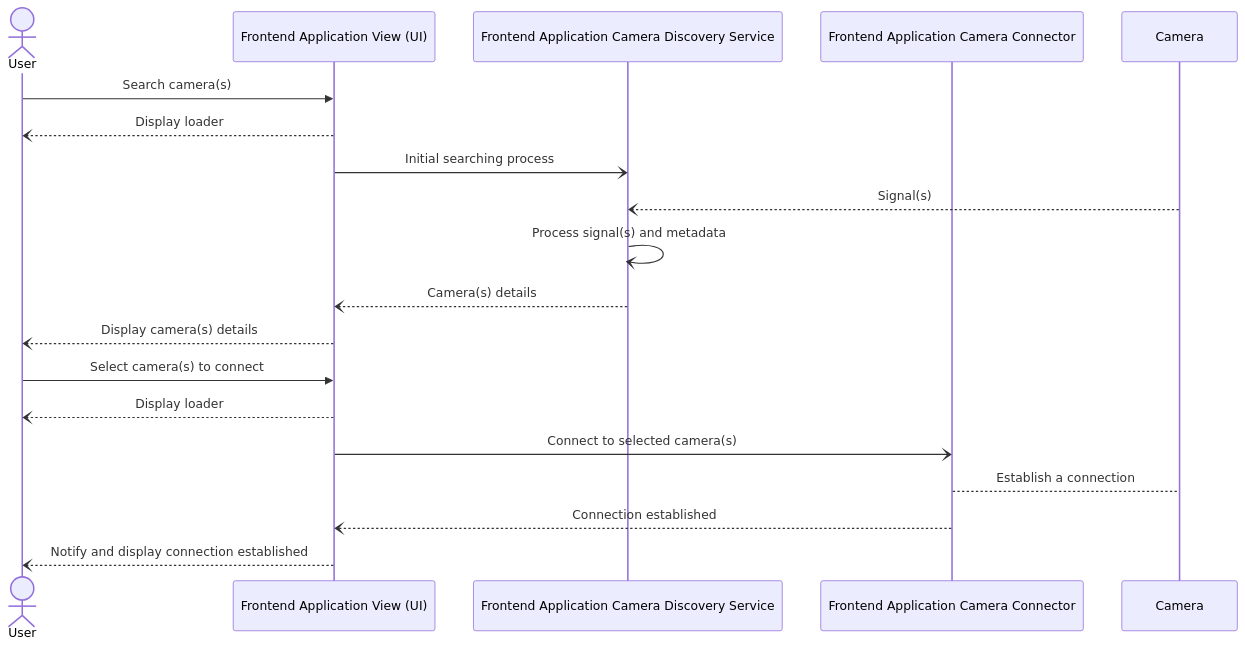
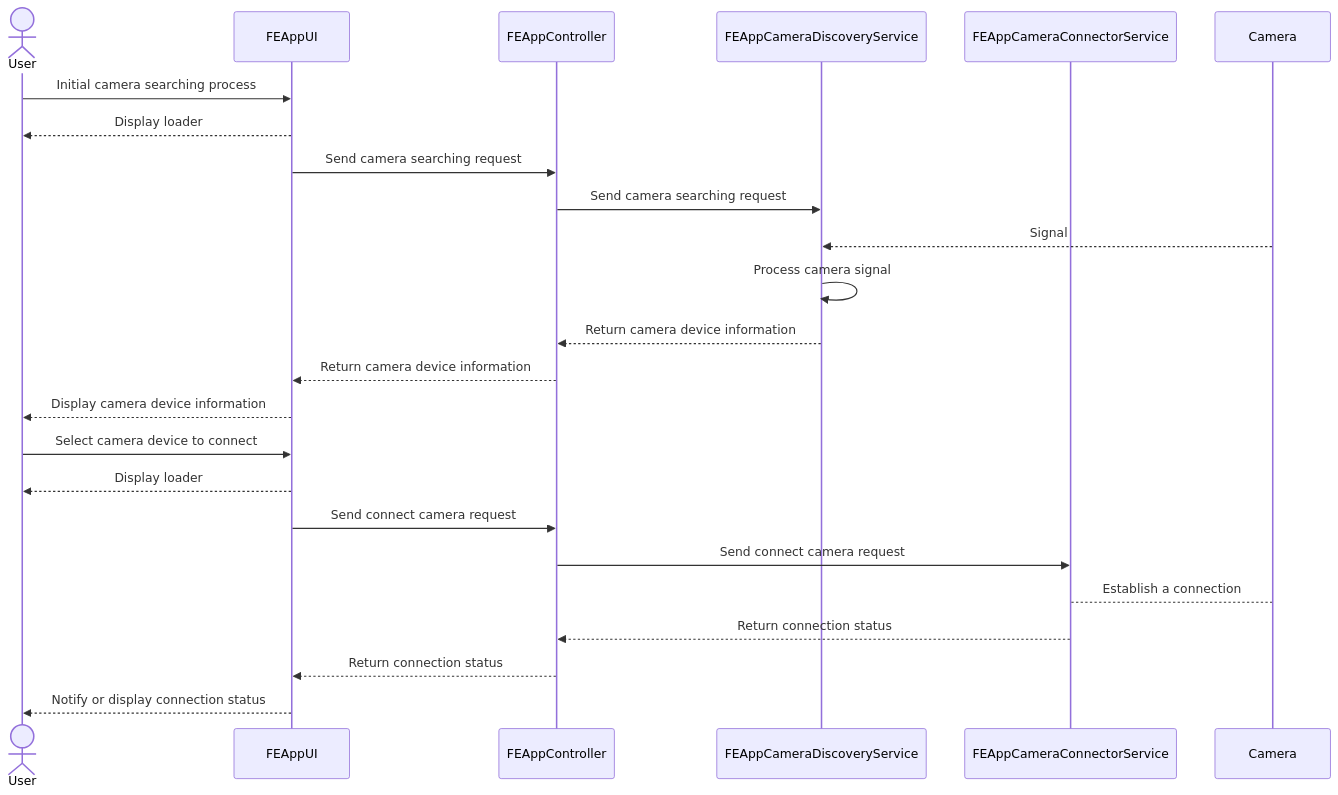
Before and after one commit to katocado/architectural-kata-fall-2023: the fourth of 9 diagrams in sequence_diagrams.md, drawn with Mermaid. The commit also changed other lines of this file, not shown here.

Commit message:
update sequence diagrams

````diff
--- a/sequence_diagrams.md
+++ b/sequence_diagrams.md
@@ -117,33 +155,42 @@
 ```mermaid
 sequenceDiagram
 
     actor User
-    participant FEView As Frontend Application View (UI)
-    participant FECameraDiscoveryService As Frontend Application Camera Discovery Service
-    participant FECameraConnector As Frontend Application Camera Connector
+    participant FEAppUI
+    participant FEAppController
+    participant FEAppCameraDiscoveryService
+    participant FEAppCameraConnectorService
     participant Camera
 
-    User->>FEView: Search camera(s)
-    FEView--)User: Display loader
+    User->>FEAppUI: Initial camera searching process
+    FEAppUI-->>User: Display loader
 
-    FEView-)FECameraDiscoveryService: Initial searching process
+    FEAppUI->>FEAppController: Send camera searching request
 
-    Camera--)FECameraDiscoveryService: Signal(s)
+    FEAppController->>FEAppCameraDiscoveryService: Send camera searching request
 
-    FECameraDiscoveryService-)FECameraDiscoveryService: Process signal(s) and metadata
+    Camera-->>FEAppCameraDiscoveryService: Signal
 
-    FECameraDiscoveryService--)FEView: Camera(s) details
+    FEAppCameraDiscoveryService->>FEAppCameraDiscoveryService: Process camera signal
 
-    FEView--)User: Display camera(s) details
-    User->>FEView: Select camera(s) to connect
-    FEView--)User: Display loader 
+    FEAppCameraDiscoveryService-->>FEAppController: Return camera device information
 
-    FEView-)FECameraConnector: Connect to selected camera(s)
+    FEAppController-->>FEAppUI: Return camera device information
 
-    FECameraConnector-->Camera: Establish a connection
+    FEAppUI-->>User: Display camera device information
+    User->>FEAppUI: Select camera device to connect
+    FEAppUI-->>User: Display loader 
 
-    FECameraConnector--)FEView: Connection established
+    FEAppUI->>FEAppController: Send connect camera request
 
-    FEView--)User: Notify and display connection established
+    FEAppController->>FEAppCameraConnectorService: Send connect camera request
+
+    FEAppCameraConnectorService-->Camera: Establish a connection
+
+    FEAppCameraConnectorService-->>FEAppController: Return connection status
+
+    FEAppController-->>FEAppUI: Return connection status
+
+    FEAppUI-->>User: Notify or display connection status
 
 ```
````
